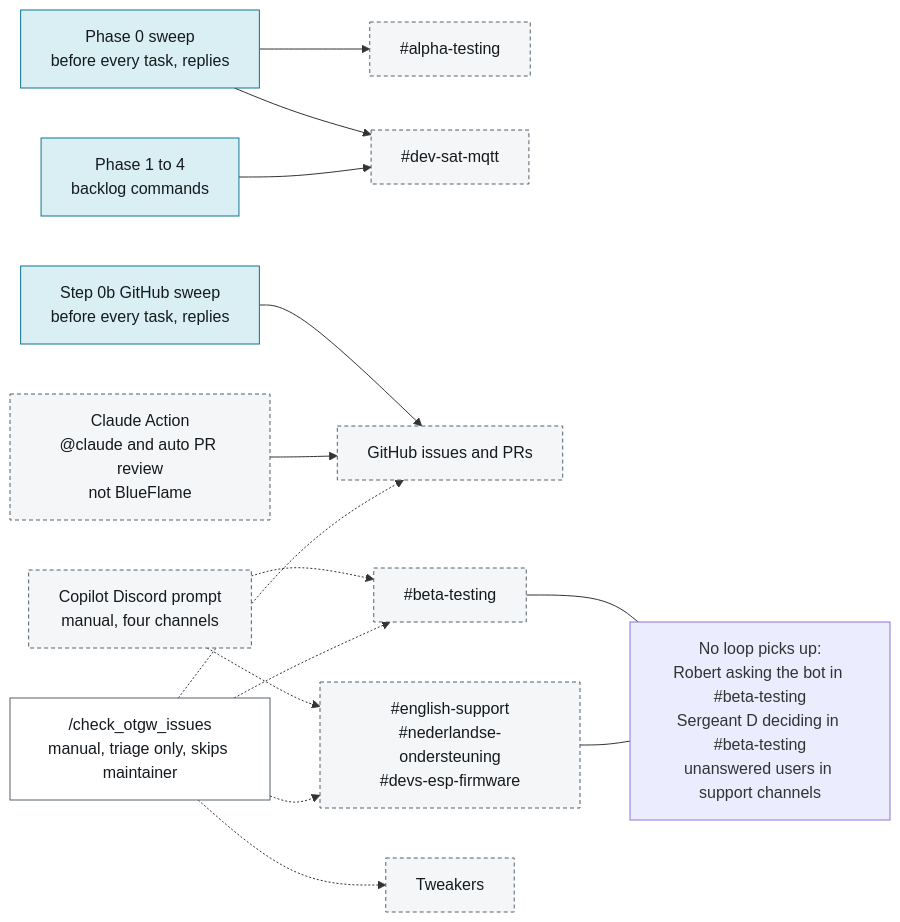
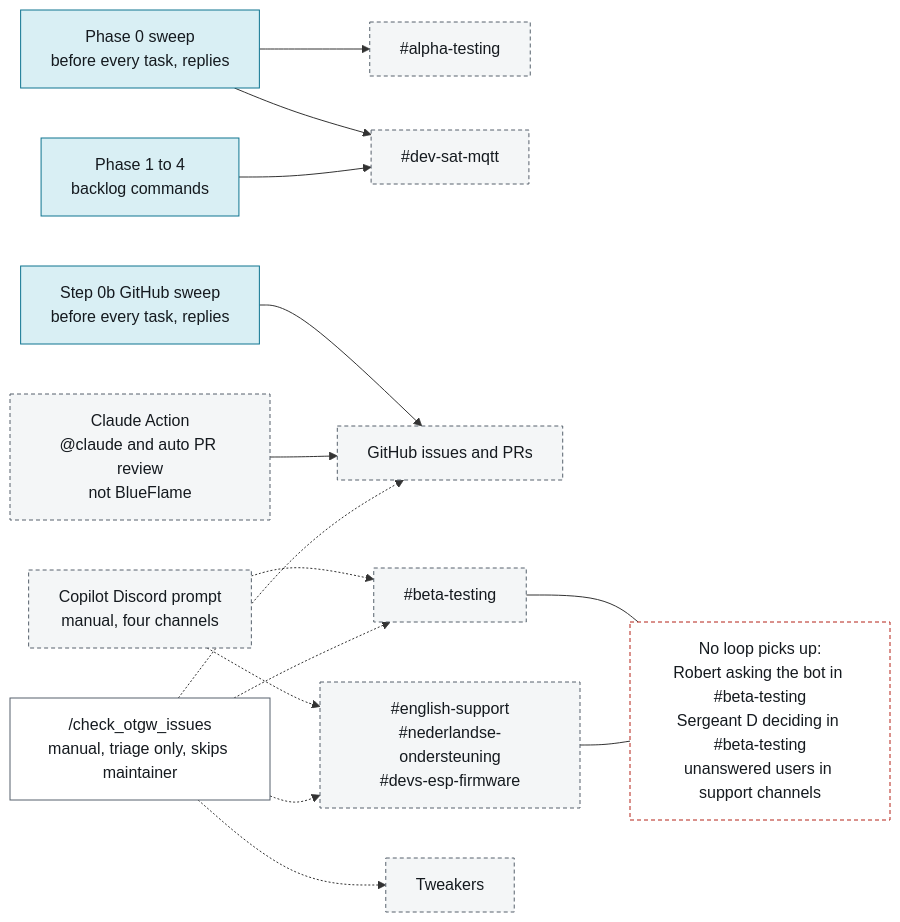
Diagram 21 of 51 in docs/process/agentic-setup.md (rvdbreemen/OTGW-firmware), drawn with Mermaid before and after one commit. The commit also changed other lines of this file, not shown here.

````diff
--- a/docs/process/agentic-setup.md
+++ b/docs/process/agentic-setup.md
@@ -1294,28 +1296,29 @@
 ```mermaid
 flowchart LR
   classDef agent fill:#d9eff4,stroke:#0e7490,color:#151a1f
   classDef ext fill:#f4f6f7,stroke:#56616c,color:#151a1f,stroke-dasharray:4 3
   classDef stop fill:#fde4e1,stroke:#b42318,color:#151a1f
   classDef store fill:#ffffff,stroke:#56616c,color:#151a1f
+  classDef risk fill:#ffffff,stroke:#b42318,color:#151a1f,stroke-dasharray:4 3
   P0["Phase 0 sweep<br/>before every task, replies"]:::agent
   P1["Phase 1 to 4<br/>backlog commands"]:::agent
   S0B["Step 0b GitHub sweep<br/>before every task, replies"]:::agent
   CHK["/check_otgw_issues<br/>manual, triage only, skips maintainer"]:::store
   AT["#alpha-testing"]:::ext
   DS["#dev-sat-mqtt"]:::ext
   GH["GitHub issues and PRs"]:::ext
   BT["#beta-testing"]:::ext
   SUP["#english-support<br/>#nederlandse-ondersteuning<br/>#devs-esp-firmware"]:::ext
   TW["Tweakers"]:::ext
   GAP["No loop picks up:<br/>Robert asking the bot in #beta-testing<br/>Sergeant D deciding in #beta-testing<br/>unanswered users in support channels"]:::risk
   CA["Claude Action<br/>@claude and auto PR review<br/>not BlueFlame"]:::ext
   CPD["Copilot Discord prompt<br/>manual, four channels"]:::ext
   P0 --> AT & DS
   P1 --> DS
   S0B --> GH
   CA --> GH
   CPD -.-> BT & SUP
   CHK -.-> GH & BT & SUP & TW
   BT --- GAP
   SUP --- GAP
 ```
````
